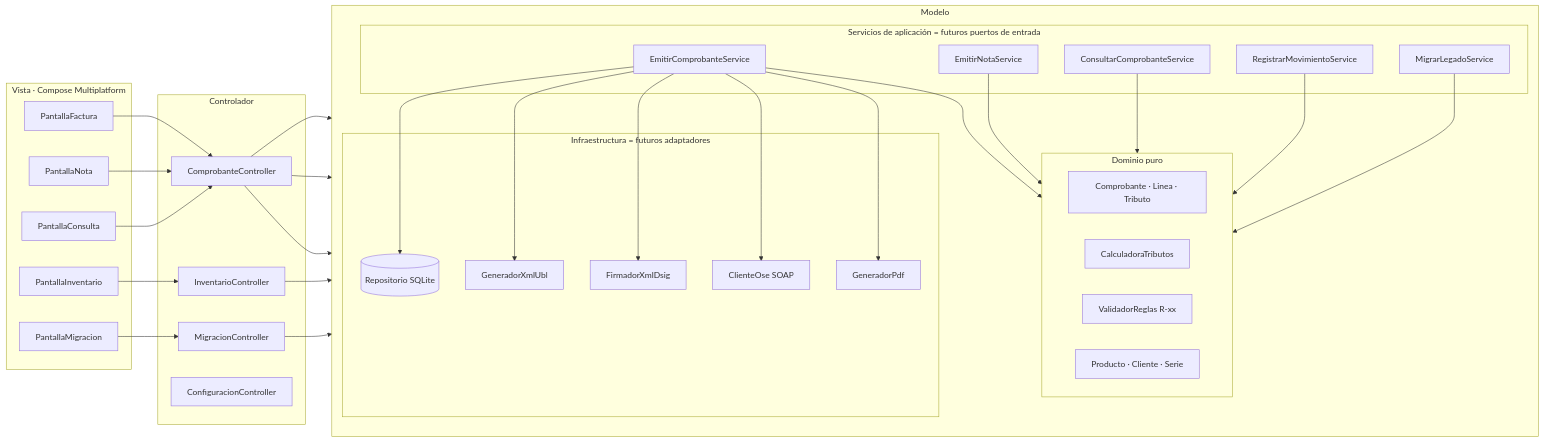
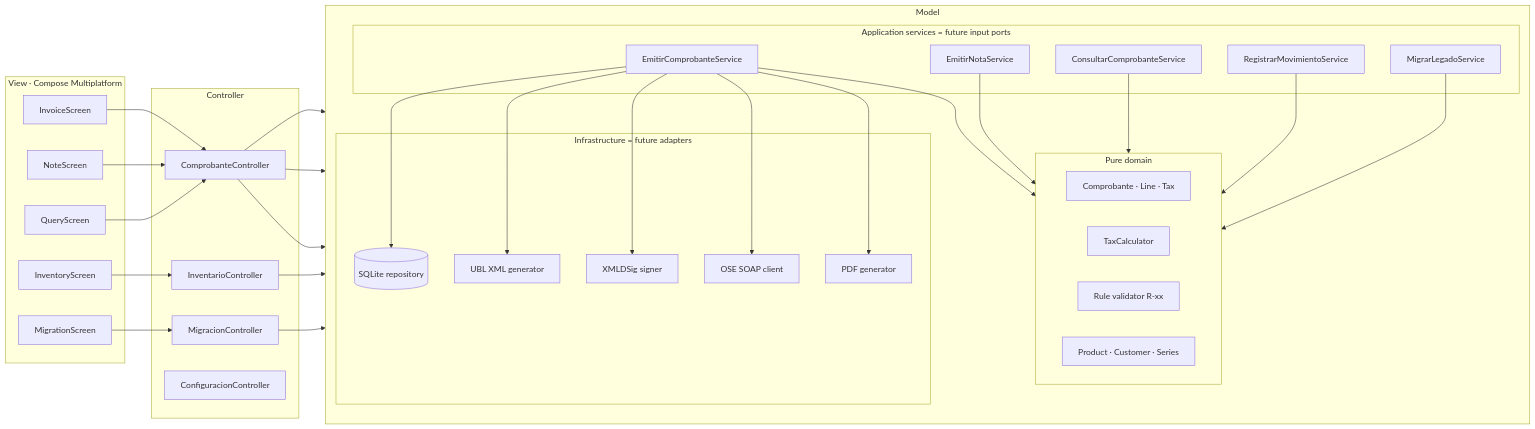
The second of 5 diagrams in specs/03-arquitectura/arquitectura.md (lourdesxiomara/MEDIOCURSO), drawn with Mermaid before and after one commit. The commit also changed other lines of this file, not shown here.

````diff
--- a/specs/03-arquitectura/arquitectura.md
+++ b/specs/03-arquitectura/arquitectura.md
@@ -36,47 +36,47 @@
 ```mermaid
 flowchart LR
-  subgraph V[Vista · Compose Multiplatform]
-    VF[PantallaFactura]
-    VN[PantallaNota]
-    VC[PantallaConsulta]
-    VI[PantallaInventario]
-    VM[PantallaMigracion]
+  subgraph V[View · Compose Multiplatform]
+    VF[InvoiceScreen]
+    VN[NoteScreen]
+    VC[QueryScreen]
+    VI[InventoryScreen]
+    VM[MigrationScreen]
   end
-  subgraph C[Controlador]
+  subgraph C[Controller]
     CC[ComprobanteController]
     IC[InventarioController]
     MC[MigracionController]
     CFG[ConfiguracionController]
   end
-  subgraph M[Modelo]
+  subgraph M[Model]
     direction TB
-    subgraph APP[Servicios de aplicación = futuros puertos de entrada]
+    subgraph APP[Application services = future input ports]
       S1[EmitirComprobanteService]
       S2[EmitirNotaService]
       S3[ConsultarComprobanteService]
       S4[RegistrarMovimientoService]
       S5[MigrarLegadoService]
     end
-    subgraph DOM[Dominio puro]
-      D1[Comprobante · Linea · Tributo]
-      D2[CalculadoraTributos]
-      D3[ValidadorReglas R-xx]
-      D4[Producto · Cliente · Serie]
+    subgraph DOM[Pure domain]
+      D1[Comprobante · Line · Tax]
+      D2[TaxCalculator]
+      D3[Rule validator R-xx]
+      D4[Product · Customer · Series]
     end
-    subgraph INF[Infraestructura = futuros adaptadores]
-      R1[(Repositorio SQLite)]
-      X1[GeneradorXmlUbl]
-      F1[FirmadorXmlDsig]
-      O1[ClienteOse SOAP]
-      P1[GeneradorPdf]
+    subgraph INF[Infrastructure = future adapters]
+      R1[(SQLite repository)]
+      X1[UBL XML generator]
+      F1[XMLDSig signer]
+      O1[OSE SOAP client]
+      P1[PDF generator]
     end
   end
   VF & VN & VC --> CC
   VI --> IC
   VM --> MC
   CC --> S1 & S2 & S3
   IC --> S4
   MC --> S5
   S1 & S2 & S3 & S4 & S5 --> DOM
   S1 --> R1 & X1 & F1 & O1 & P1
 ```
````
